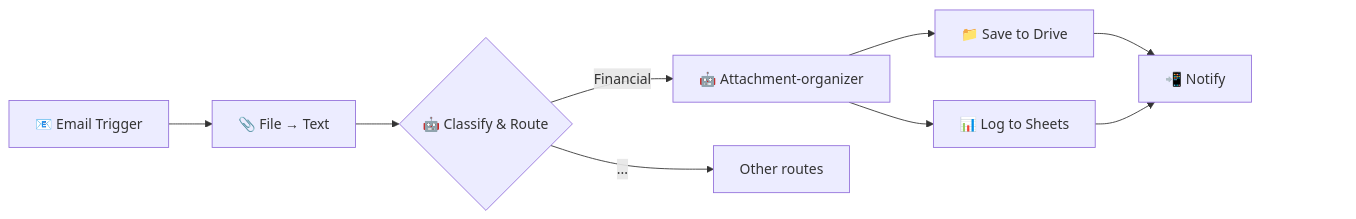
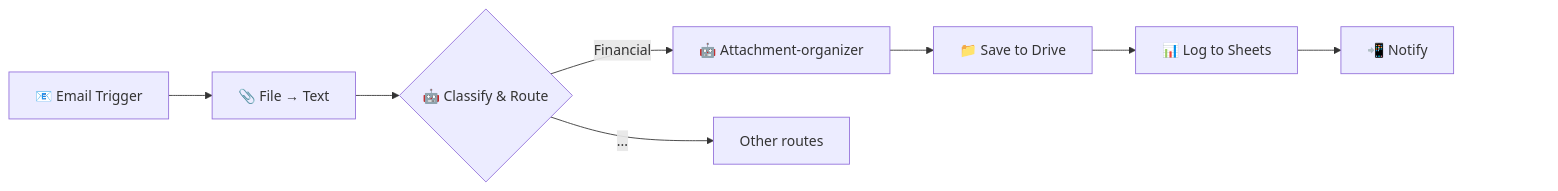
The diagram in projects/n8n/04_inbox-attachment-organizer/README.md (runfish5/micro-services), drawn with Mermaid before and after one commit. The commit also changed other lines of this file and 4 other files, not shown here.

````diff
--- a/projects/n8n/04_inbox-attachment-organizer/README.md
+++ b/projects/n8n/04_inbox-attachment-organizer/README.md
@@ -27,14 +27,13 @@
 ```mermaid
 flowchart LR
     A[📧 Email Trigger] --> B[📎 File → Text]
     B --> C{🤖 Classify & Route}
     C -->|Financial| E[🤖 Attachment-organizer]
     C -->|...| X[Other routes]
     E --> F[📁 Save to Drive]
-    E --> G[📊 Log to Sheets]
-    F --> H[📲 Notify]
-    G --> H
+    F --> G[📊 Log to Sheets]
+    G --> H[📲 Notify]
     H ~~~ I[ ]
     classDef hidden fill:none,stroke:none,color:none
     class I hidden
 ```
````
